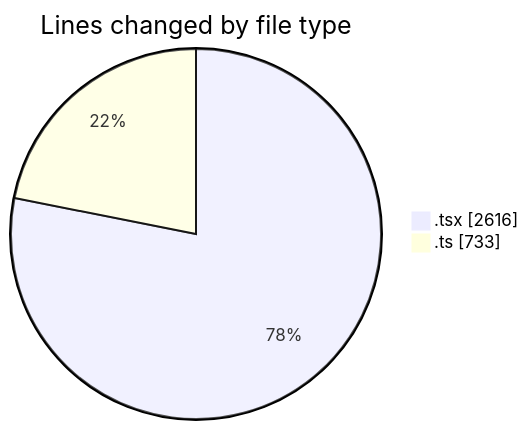
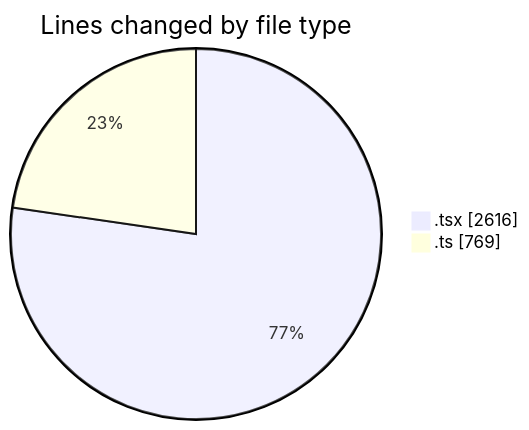
One commit to nxtqubesakshisongat/code-tracking changed the first of 2 diagrams in 2026-04-03/nxtqube_webapp/README.md. Above: the diagram before and after it, drawn with Mermaid. The commit also changed other lines of this file and 1 other file, not shown here.

````diff
--- a/2026-04-03/nxtqube_webapp/README.md
+++ b/2026-04-03/nxtqube_webapp/README.md
@@ -23,6 +23,6 @@
 ```mermaid
 pie showData
 title Lines changed by file type
 ".tsx" : 2616
-".ts" : 733
+".ts" : 769
 ```
````
